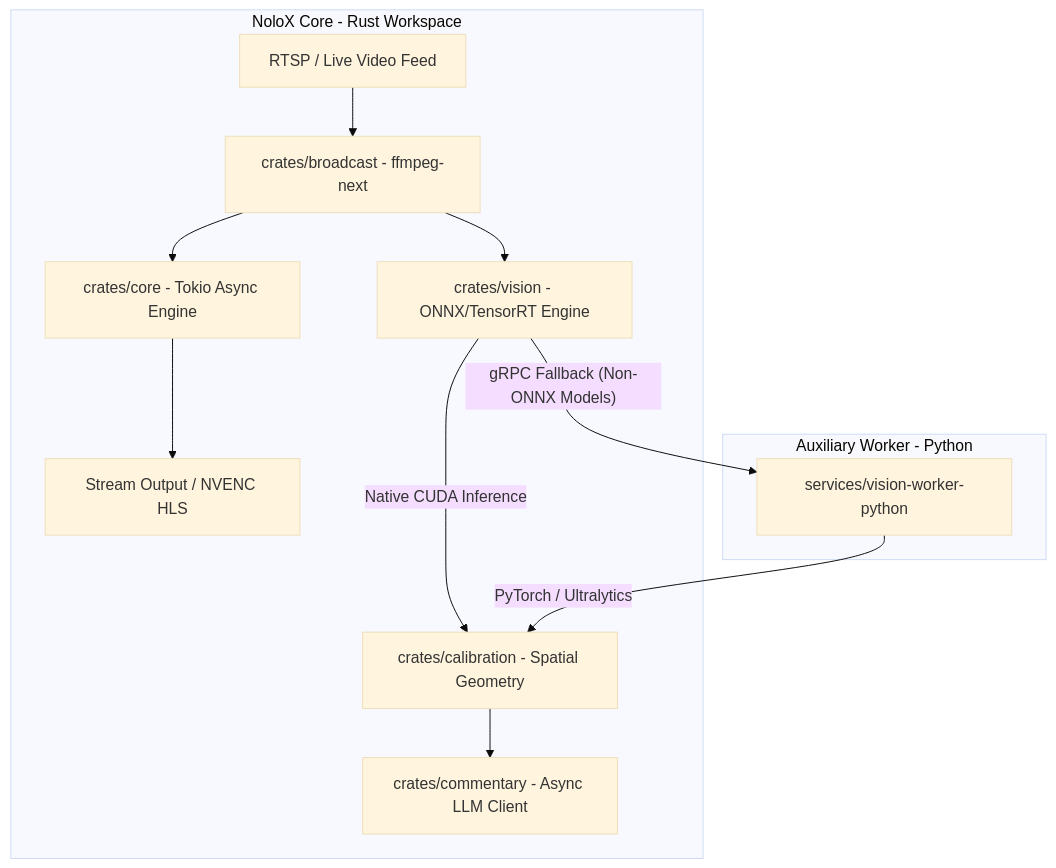
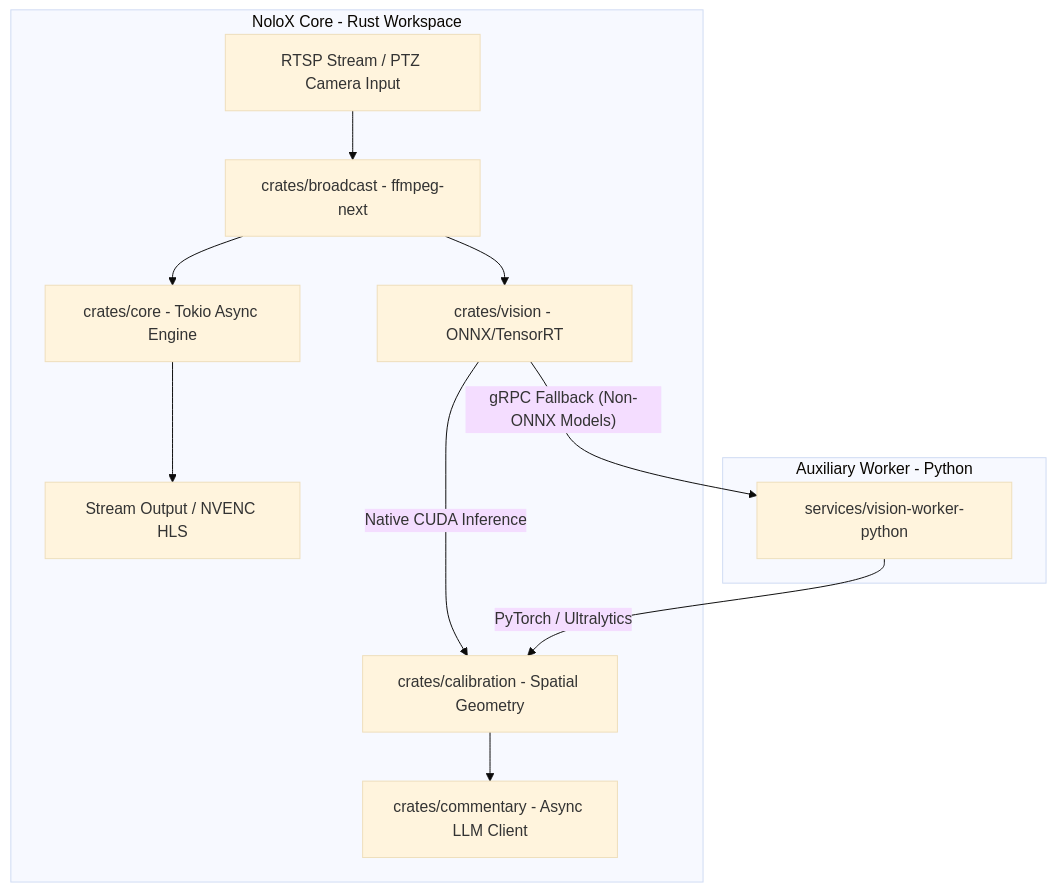
The diagram in README.md (ThaysonScript/NoloX), drawn with Mermaid (base theme) before and after one commit. The commit also changed other lines of this file, not shown here.

````diff
--- a/README.md
+++ b/README.md
@@ -16,18 +34,17 @@
 ```mermaid
 flowchart TD
     subgraph Rust_Workspace [NoloX Core - Rust Workspace]
-        A[RTSP / Live Video Feed] --> B[crates/broadcast - ffmpeg-next]
+        A[RTSP Stream / PTZ Camera Input] --> B[crates/broadcast - ffmpeg-next]
         B --> C[crates/core - Tokio Async Engine]
         C --> D[Stream Output / NVENC HLS]
         
-        B --> E[crates/vision - ONNX/TensorRT Engine]
+        B --> E[crates/vision - ONNX/TensorRT]
         E -->|Native CUDA Inference| F[crates/calibration - Spatial Geometry]
         F --> G[crates/commentary - Async LLM Client]
     end
 
     subgraph Python_Worker [Auxiliary Worker - Python]
         E -- gRPC Fallback (Non-ONNX Models) --> H[services/vision-worker-python]
         H -->|PyTorch / Ultralytics| F
     end
-
 ```
````
